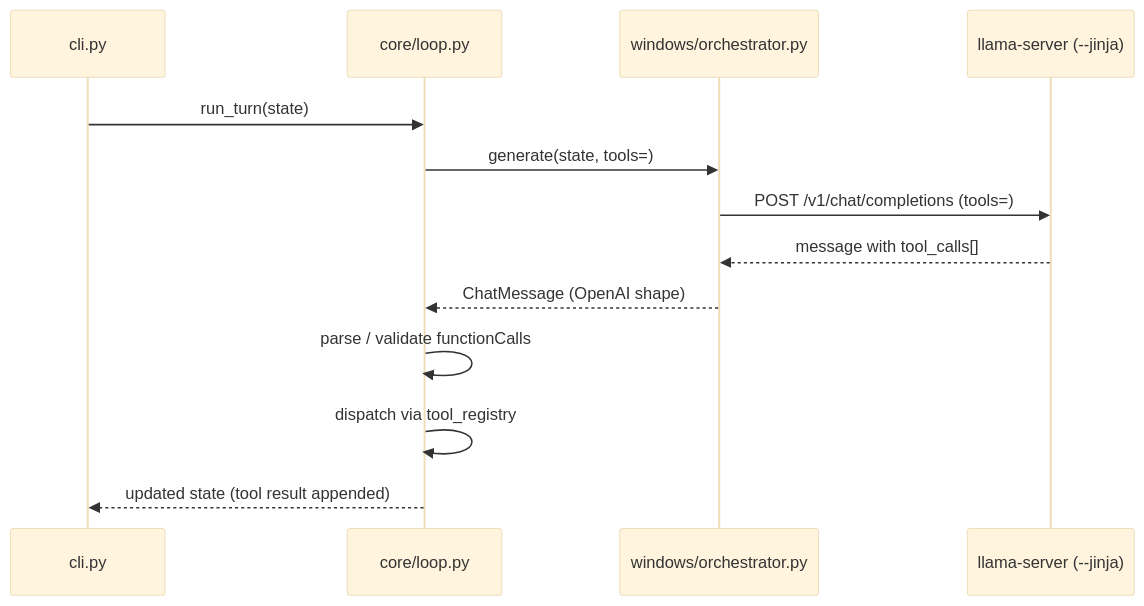
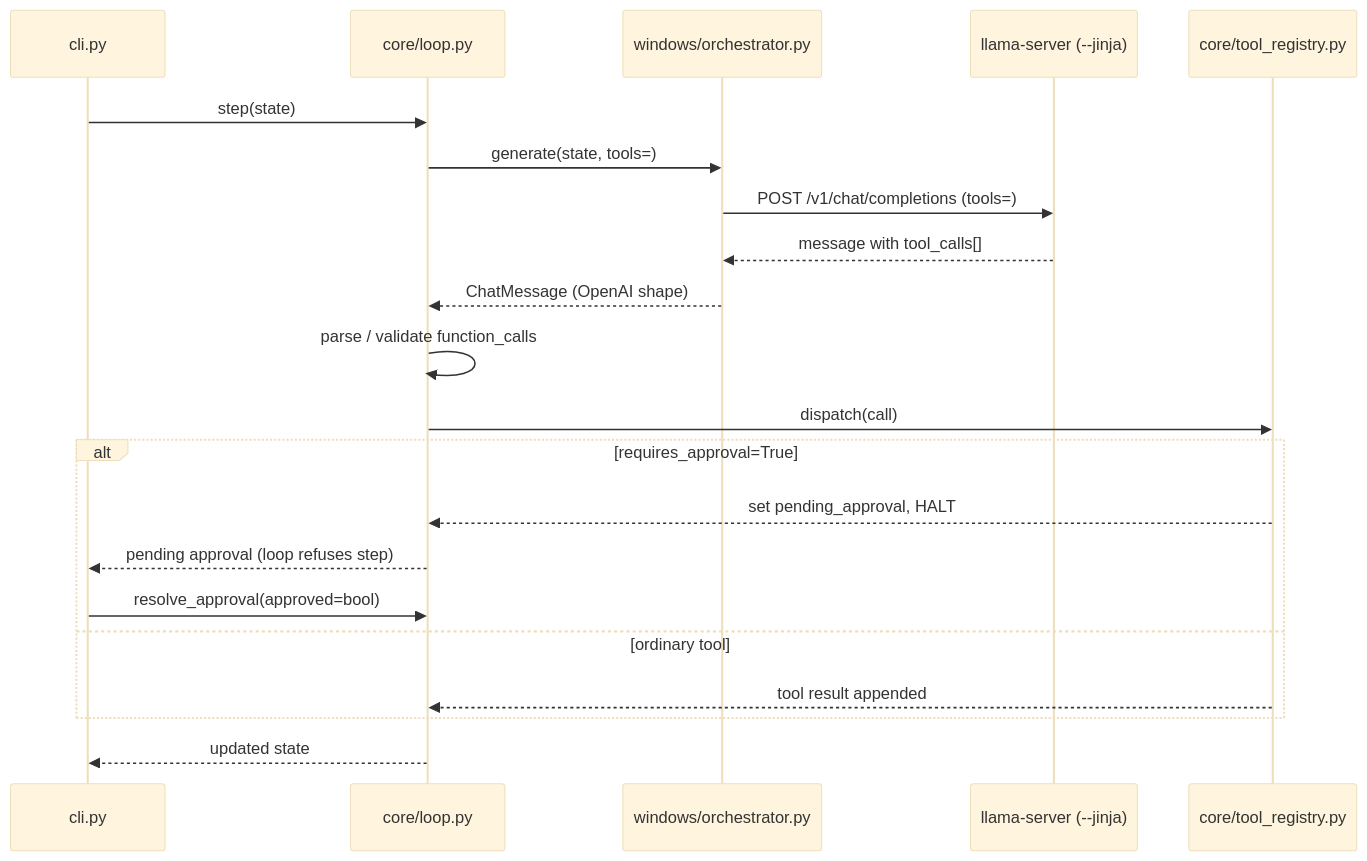
Before and after one commit to TLfarazghani/agent-core: the third of 3 diagrams in docs/architecture.md, drawn with Mermaid (base theme). The commit also changed other lines of this file and 17 other files, not shown here.

Commit message:
Phase 0: core (state/parser/registry/loop) + approval gate + schemas + smoke tests

````diff
--- a/docs/architecture.md
+++ b/docs/architecture.md
@@ -74,16 +90,24 @@
 ```mermaid
 sequenceDiagram
     participant CLI as cli.py
     participant CORE as core/loop.py
     participant ORCH as windows/orchestrator.py
     participant SERVER as llama-server (--jinja)
+    participant REG as core/tool_registry.py
 
-    CLI->>CORE: run_turn(state)
+    CLI->>CORE: step(state)
     CORE->>ORCH: generate(state, tools=)
     ORCH->>SERVER: POST /v1/chat/completions (tools=)
     SERVER-->>ORCH: message with tool_calls[]
     ORCH-->>CORE: ChatMessage (OpenAI shape)
-    CORE->>CORE: parse / validate functionCalls
-    CORE->>CORE: dispatch via tool_registry
-    CORE-->>CLI: updated state (tool result appended)
+    CORE->>CORE: parse / validate function_calls
+    CORE->>REG: dispatch(call)
+    alt requires_approval=True
+        REG-->>CORE: set pending_approval, HALT
+        CORE-->>CLI: pending approval (loop refuses step)
+        CLI->>CORE: resolve_approval(approved=bool)
+    else ordinary tool
+        REG-->>CORE: tool result appended
+    end
+    CORE-->>CLI: updated state
 ```
````
